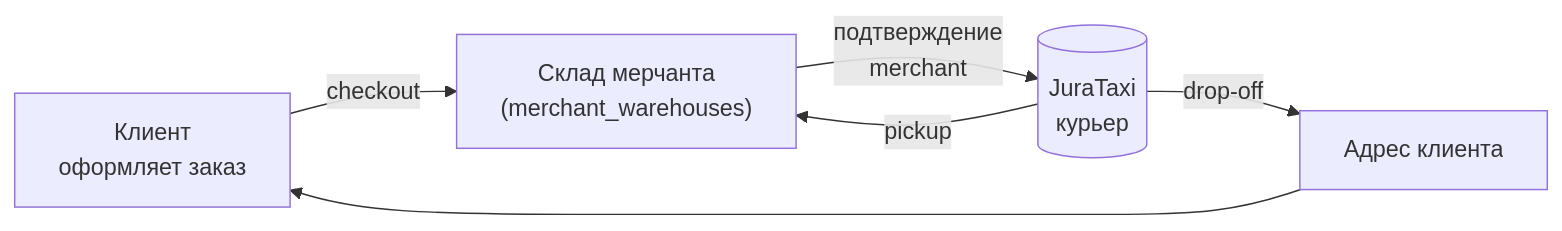
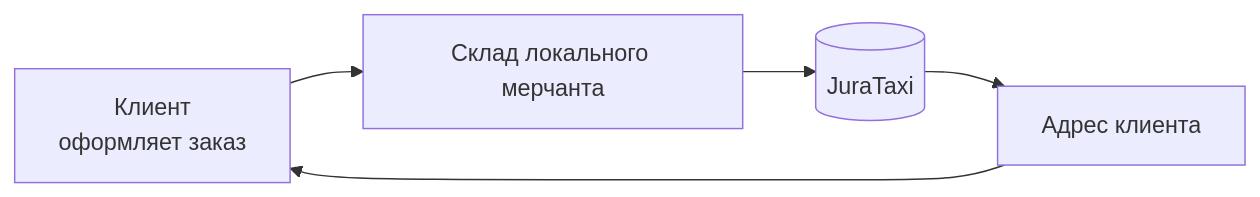
The second of 5 diagrams in plans/marketplace/marketplace-merchants-and-warehouse-network.md (secure-deal/.github), drawn with Mermaid before and after one commit. The commit also changed other lines of this file, not shown here.

Commit message:
fix: flow fix

````diff
--- a/plans/marketplace/marketplace-merchants-and-warehouse-network.md
+++ b/plans/marketplace/marketplace-merchants-and-warehouse-network.md
@@ -118,13 +127,12 @@
 ```mermaid
 flowchart LR
   Client[Клиент<br/>оформляет заказ]
-  MerchantWH["Склад мерчанта<br/>(merchant_warehouses)"]
-  Taxi[(JuraTaxi<br/>курьер)]
+  MerchantWH[Склад локального мерчанта]
+  Taxi[(JuraTaxi)]
   Door[Адрес клиента]
 
-  Client -->|checkout| MerchantWH
-  MerchantWH -->|подтверждение<br/>merchant| Taxi
-  Taxi -->|pickup| MerchantWH
-  Taxi -->|drop-off| Door
+  Client --> MerchantWH
+  MerchantWH --> Taxi
+  Taxi --> Door
   Door --> Client
 ```
````
